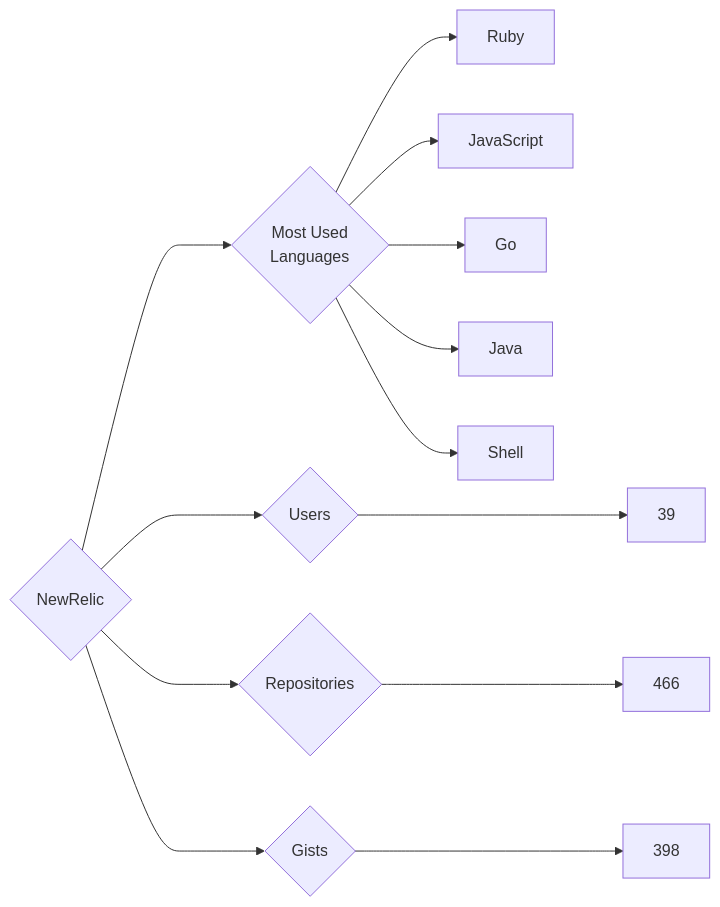
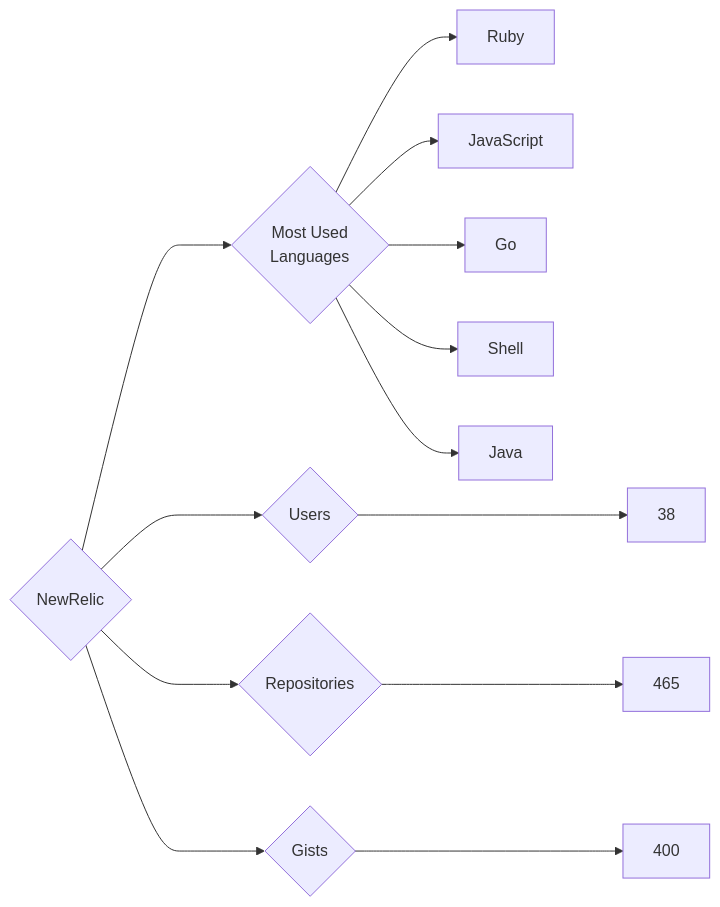
One commit to trickest/insiders changed the diagram in targets/NewRelic/README.md. Above: the diagram before and after it, drawn with Mermaid. The commit also changed 797 other files, not shown here.

````diff
--- a/targets/NewRelic/README.md
+++ b/targets/NewRelic/README.md
@@ -3,13 +3,13 @@
 ```mermaid
 graph LR
 COMPANY_NAME{NewRelic}
-COMPANY_NAME ---> U{Users} ---> UN[39]
-COMPANY_NAME ---> R{Repositories} ---> RN[466]
-COMPANY_NAME ---> G{Gists} ---> GN[398]
+COMPANY_NAME ---> U{Users} ---> UN[38]
+COMPANY_NAME ---> R{Repositories} ---> RN[465]
+COMPANY_NAME ---> G{Gists} ---> GN[400]
 COMPANY_NAME ---> ML{Most Used<br>Languages}
 ML --> Ruby[Ruby]
 ML --> JavaScript[JavaScript]
 ML --> Go[Go]
+ML --> Shell[Shell]
 ML --> Java[Java]
-ML --> Shell[Shell]
 ```
````
